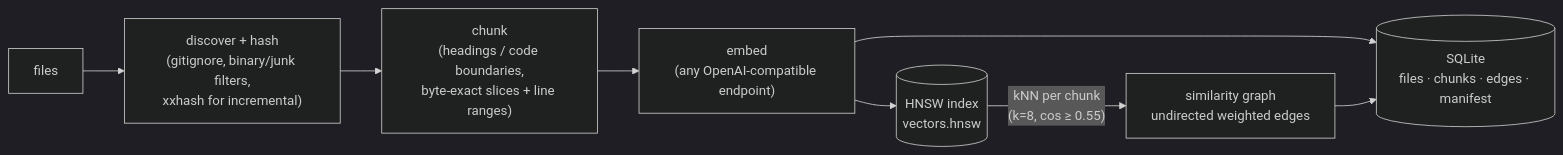
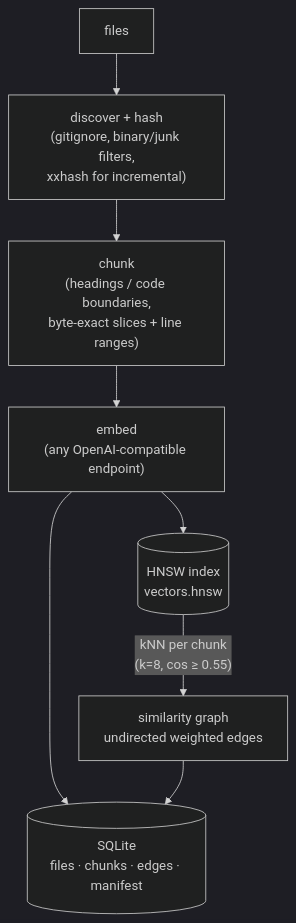
One commit to alber70g/ragx-cli changed the first of 3 diagrams in README.md. Above: the diagram before and after it, drawn with Mermaid (dark theme). The commit also changed other lines of this file and 1 other file, not shown here.

````diff
--- a/README.md
+++ b/README.md
@@ -43,10 +43,10 @@
 ```mermaid
-flowchart LR
+flowchart TD
     A[files] --> B["discover + hash<br/>(gitignore, binary/junk filters,<br/>xxhash for incremental)"]
     B --> C["chunk<br/>(headings / code boundaries,<br/>byte-exact slices + line ranges)"]
     C --> D["embed<br/>(any OpenAI-compatible endpoint)"]
     D --> E[("HNSW index<br/>vectors.hnsw")]
     D --> F[("SQLite<br/>files · chunks · edges · manifest")]
     E -- "kNN per chunk<br/>(k=8, cos ≥ 0.55)" --> G["similarity graph<br/>undirected weighted edges"]
     G --> F
 ```
````
